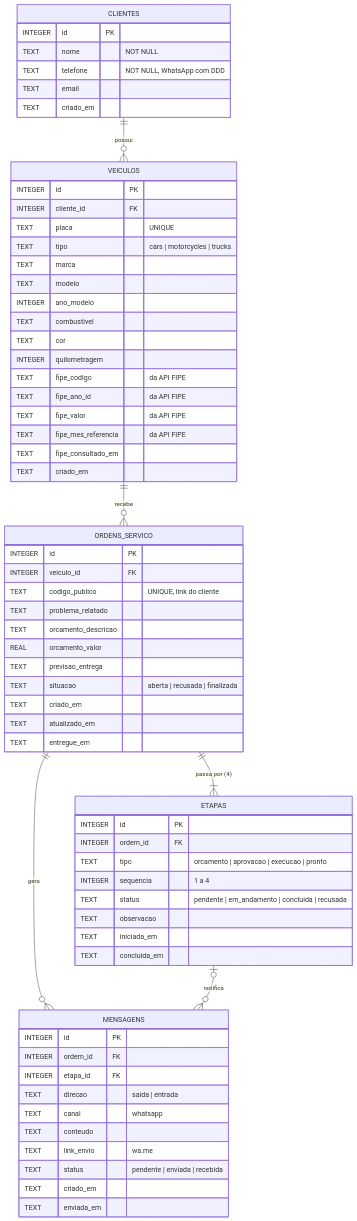
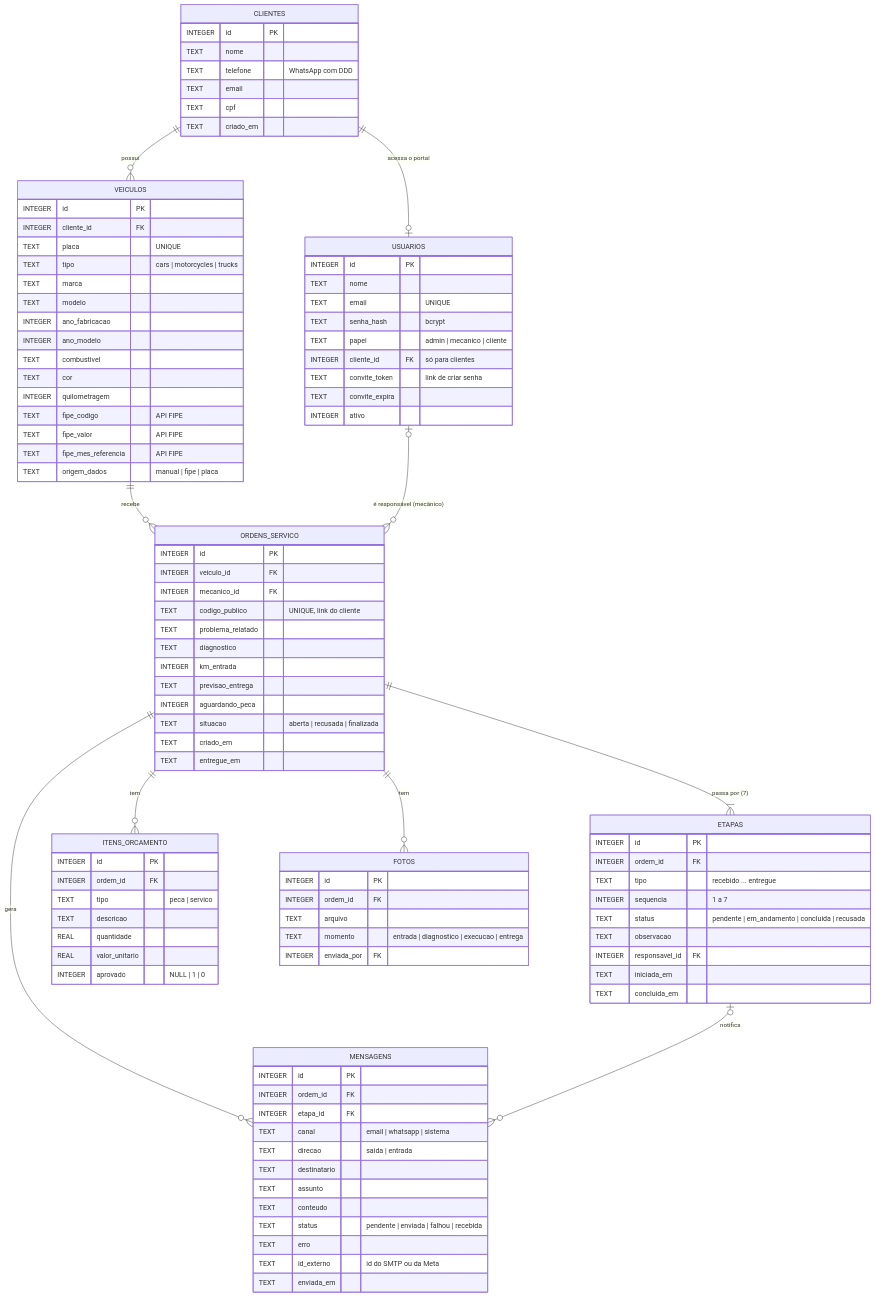
Before and after one commit to brenosuski17/oficinastatus: the first of 2 diagrams in docs/der.md, drawn with Mermaid. The commit also changed other lines of this file and 80 other files, not shown here.

First line of the commit message:
OficinaStatus v2: login, 7 etapas, integrações reais e novo visual

````diff
--- a/docs/der.md
+++ b/docs/der.md
@@ -6,19 +8,34 @@
 ```mermaid
 erDiagram
     CLIENTES ||--o{ VEICULOS : "possui"
+    CLIENTES ||--o| USUARIOS : "acessa o portal"
     VEICULOS ||--o{ ORDENS_SERVICO : "recebe"
-    ORDENS_SERVICO ||--|{ ETAPAS : "passa por (4)"
+    USUARIOS |o--o{ ORDENS_SERVICO : "é responsável (mecânico)"
+    ORDENS_SERVICO ||--|{ ETAPAS : "passa por (7)"
+    ORDENS_SERVICO ||--o{ ITENS_ORCAMENTO : "tem"
+    ORDENS_SERVICO ||--o{ FOTOS : "tem"
     ORDENS_SERVICO ||--o{ MENSAGENS : "gera"
     ETAPAS |o--o{ MENSAGENS : "notifica"
 
     CLIENTES {
         INTEGER id PK
-        TEXT nome "NOT NULL"
-        TEXT telefone "NOT NULL, WhatsApp com DDD"
+        TEXT nome
+        TEXT telefone "WhatsApp com DDD"
         TEXT email
+        TEXT cpf
         TEXT criado_em
     }
-
+    USUARIOS {
+        INTEGER id PK
+        TEXT nome
+        TEXT email "UNIQUE"
+        TEXT senha_hash "bcrypt"
+        TEXT papel "admin | mecanico | cliente"
+        INTEGER cliente_id FK "só para clientes"
+        TEXT convite_token "link de criar senha"
+        TEXT convite_expira
+        INTEGER ativo
+    }
     VEICULOS {
         INTEGER id PK
         INTEGER cliente_id FK
@@ -26,53 +43,69 @@
         TEXT tipo "cars | motorcycles | trucks"
         TEXT marca
         TEXT modelo
+        INTEGER ano_fabricacao
         INTEGER ano_modelo
         TEXT combustivel
         TEXT cor
         INTEGER quilometragem
-        TEXT fipe_codigo "da API FIPE"
-        TEXT fipe_ano_id "da API FIPE"
-        TEXT fipe_valor "da API FIPE"
-        TEXT fipe_mes_referencia "da API FIPE"
-        TEXT fipe_consultado_em
-        TEXT criado_em
+        TEXT fipe_codigo "API FIPE"
+        TEXT fipe_valor "API FIPE"
+        TEXT fipe_mes_referencia "API FIPE"
+        TEXT origem_dados "manual | fipe | placa"
     }
-
     ORDENS_SERVICO {
         INTEGER id PK
         INTEGER veiculo_id FK
+        INTEGER mecanico_id FK
         TEXT codigo_publico "UNIQUE, link do cliente"
         TEXT problema_relatado
-        TEXT orcamento_descricao
-        REAL orcamento_valor
+        TEXT diagnostico
+        INTEGER km_entrada
         TEXT previsao_entrega
+        INTEGER aguardando_peca
         TEXT situacao "aberta | recusada | finalizada"
         TEXT criado_em
-        TEXT atualizado_em
         TEXT entregue_em
     }
-
     ETAPAS {
         INTEGER id PK
         INTEGER ordem_id FK
-        TEXT tipo "orcamento | aprovacao | execucao | pronto"
-        INTEGER sequencia "1 a 4"
+        TEXT tipo "recebido ... entregue"
+        INTEGER sequencia "1 a 7"
         TEXT status "pendente | em_andamento | concluida | recusada"
         TEXT observacao
+        INTEGER responsavel_id FK
         TEXT iniciada_em
         TEXT concluida_em
     }
-
+    ITENS_ORCAMENTO {
+        INTEGER id PK
+        INTEGER ordem_id FK
+        TEXT tipo "peca | servico"
+        TEXT descricao
+        REAL quantidade
+        REAL valor_unitario
+        INTEGER aprovado "NULL | 1 | 0"
+    }
+    FOTOS {
+        INTEGER id PK
+        INTEGER ordem_id FK
+        TEXT arquivo
+        TEXT momento "entrada | diagnostico | execucao | entrega"
+        INTEGER enviada_por FK
+    }
     MENSAGENS {
         INTEGER id PK
         INTEGER ordem_id FK
         INTEGER etapa_id FK
+        TEXT canal "email | whatsapp | sistema"
         TEXT direcao "saida | entrada"
-        TEXT canal "whatsapp"
+        TEXT destinatario
+        TEXT assunto
         TEXT conteudo
-        TEXT link_envio "wa.me"
-        TEXT status "pendente | enviada | recebida"
-        TEXT criado_em
+        TEXT status "pendente | enviada | falhou | recebida"
+        TEXT erro
+        TEXT id_externo "id do SMTP ou da Meta"
         TEXT enviada_em
     }
 ```
````
